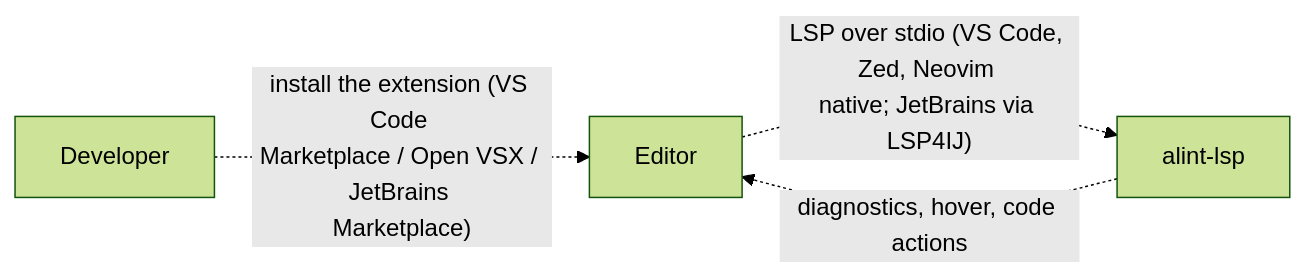
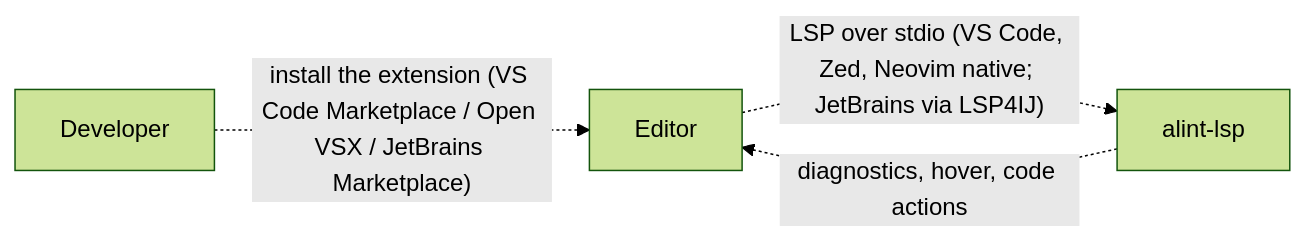
Before and after one commit to actions-marketplace-validations/asamarts_alint: diagram 18 of 27 in docs/design/architecture/DIAGRAMS.md, drawn with Mermaid (forest theme). The commit also changed other lines of this file and 19 other files, not shown here.

````diff
--- a/docs/design/architecture/DIAGRAMS.md
+++ b/docs/design/architecture/DIAGRAMS.md
@@ -407,12 +368,9 @@
 ```mermaid
 graph LR
   Dev["Developer"]
   Editor["Editor"]
   AlintLspServerLspd["alint-lsp"]
-  Dev -. "`install the extension (VS Code 
-Marketplace / Open VSX / JetBrains 
-Marketplace)`" .-> Editor
-  Editor -. "`LSP over stdio (VS Code, Zed, Neovim 
-native; JetBrains via LSP4IJ)`" .-> AlintLspServerLspd
+  Dev -. "`install the extension (VS Code Marketplace / Open VSX / JetBrains Marketplace)`" .-> Editor
+  Editor -. "`LSP over stdio (VS Code, Zed, Neovim native; JetBrains via LSP4IJ)`" .-> AlintLspServerLspd
   AlintLspServerLspd -. "`diagnostics, hover, code actions`" .-> Editor
 ```
````
